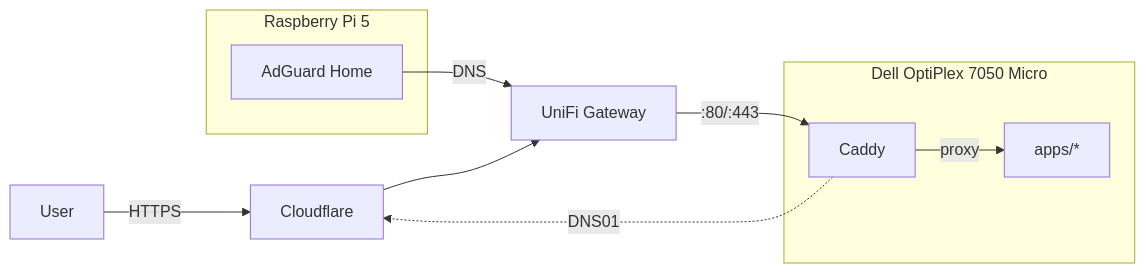
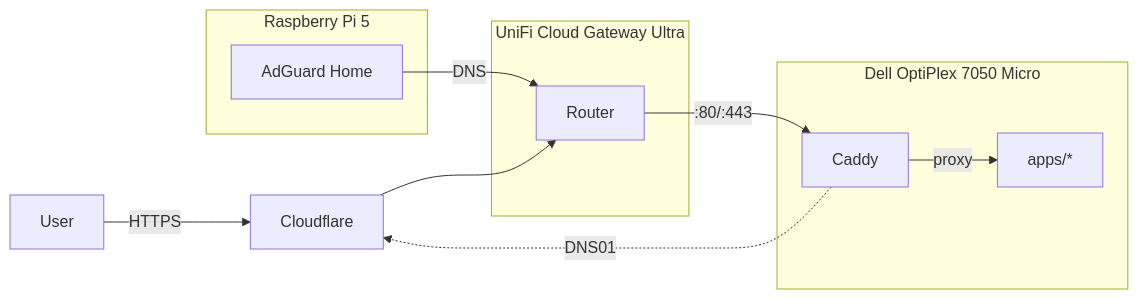
The second of 2 diagrams in README.md (wajeht/home-ops), drawn with Mermaid before and after one commit. The commit also changed other lines of this file, not shown here.

Commit message:
docs: simplify network diagram to focus on essential components

````diff
--- a/README.md
+++ b/README.md
@@ -41,18 +40,22 @@
 ```mermaid
 flowchart LR
     user[User] -->|HTTPS| cf[Cloudflare]
 
     subgraph pi[Raspberry Pi 5]
         adguard[AdGuard Home]
     end
 
-    adguard -->|DNS| unifi[UniFi Gateway]
+    subgraph ucg[UniFi Cloud Gateway Ultra]
+        unifi[Router]
+    end
+
+    adguard -->|DNS| unifi
     cf --> unifi
     unifi -->|:80/:443| caddy
 
     subgraph dell[Dell OptiPlex 7050 Micro]
         caddy[Caddy] -->|proxy| apps[apps/*]
     end
 
     caddy -.->|DNS01| cf
 ```
````
